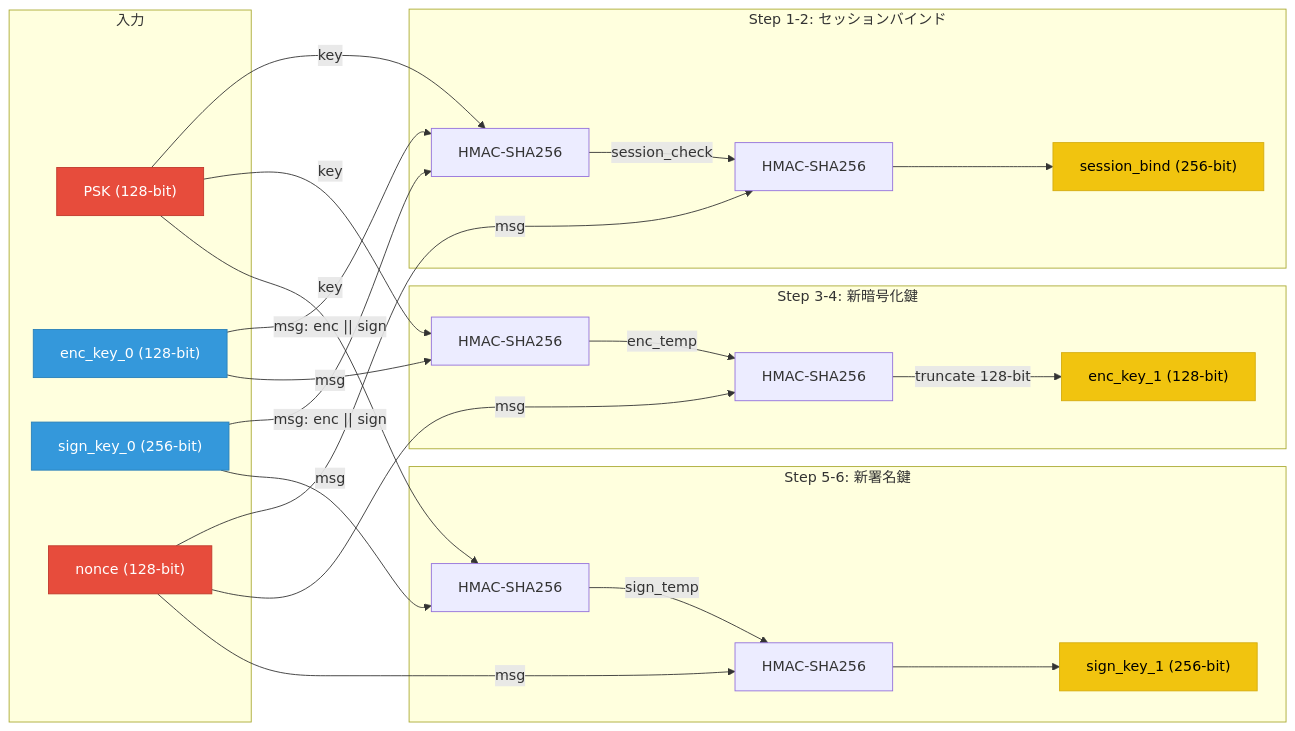
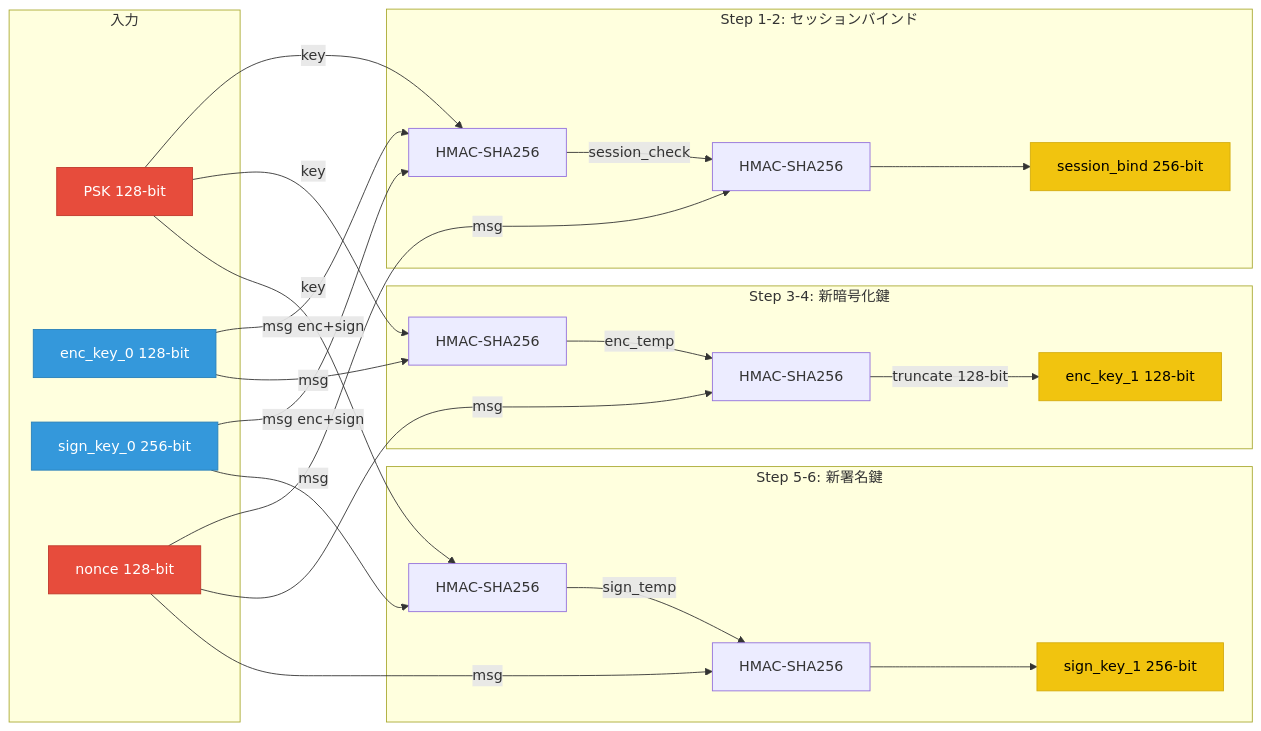
Before and after one commit to qtmleap/revkit: the third of 5 diagrams in docs/spec/msl_key_relationship.md, drawn with Mermaid. The commit also changed other lines of this file, not shown here.

First line of the commit message:
fix(docs): Mermaid図の括弧をパース可能な形式に修正

````diff
--- a/docs/spec/msl_key_relationship.md
+++ b/docs/spec/msl_key_relationship.md
@@ -149,47 +149,47 @@
 ```mermaid
 graph LR
-    subgraph "入力"
-        PSK2["PSK (128-bit)"]
-        ENC_OLD["enc_key_0 (128-bit)"]
-        SIGN_OLD["sign_key_0 (256-bit)"]
-        NONCE2["nonce (128-bit)"]
+    subgraph Input["入力"]
+        PSK2["PSK 128-bit"]
+        ENC_OLD["enc_key_0 128-bit"]
+        SIGN_OLD["sign_key_0 256-bit"]
+        NONCE2["nonce 128-bit"]
     end
 
-    subgraph "Step 1-2: セッションバインド"
+    subgraph Step12["Step 1-2: セッションバインド"]
         PSK2 -->|key| H1["HMAC-SHA256"]
-        ENC_OLD -->|"msg: enc || sign"| H1
-        SIGN_OLD -->|"msg: enc || sign"| H1
+        ENC_OLD -->|msg enc+sign| H1
+        SIGN_OLD -->|msg enc+sign| H1
         H1 -->|session_check| H2["HMAC-SHA256"]
         NONCE2 -->|msg| H2
-        H2 --> SB["session_bind (256-bit)"]
+        H2 --> SB["session_bind 256-bit"]
     end
 
-    subgraph "Step 3-4: 新暗号化鍵"
+    subgraph Step34["Step 3-4: 新暗号化鍵"]
         PSK2 -->|key| H3["HMAC-SHA256"]
         ENC_OLD -->|msg| H3
         H3 -->|enc_temp| H4["HMAC-SHA256"]
         NONCE2 -->|msg| H4
-        H4 -->|truncate 128-bit| NEW_ENC["enc_key_1 (128-bit)"]
+        H4 -->|truncate 128-bit| NEW_ENC["enc_key_1 128-bit"]
     end
 
-    subgraph "Step 5-6: 新署名鍵"
+    subgraph Step56["Step 5-6: 新署名鍵"]
         PSK2 -->|key| H5["HMAC-SHA256"]
         SIGN_OLD -->|msg| H5
         H5 -->|sign_temp| H6["HMAC-SHA256"]
         NONCE2 -->|msg| H6
-        H6 --> NEW_SIGN["sign_key_1 (256-bit)"]
+        H6 --> NEW_SIGN["sign_key_1 256-bit"]
     end
 
     %% 赤: バイナリ埋め込み
     style PSK2 fill:#e74c3c,stroke:#c0392b,color:#fff
     style NONCE2 fill:#e74c3c,stroke:#c0392b,color:#fff
 
     %% 青: サーバーレスポンス由来
     style ENC_OLD fill:#3498db,stroke:#2980b9,color:#fff
     style SIGN_OLD fill:#3498db,stroke:#2980b9,color:#fff
 
     %% 黄: 計算可能
     style NEW_ENC fill:#f1c40f,stroke:#d4ac0f,color:#000
     style NEW_SIGN fill:#f1c40f,stroke:#d4ac0f,color:#000
     style SB fill:#f1c40f,stroke:#d4ac0f,color:#000
 ```
````
